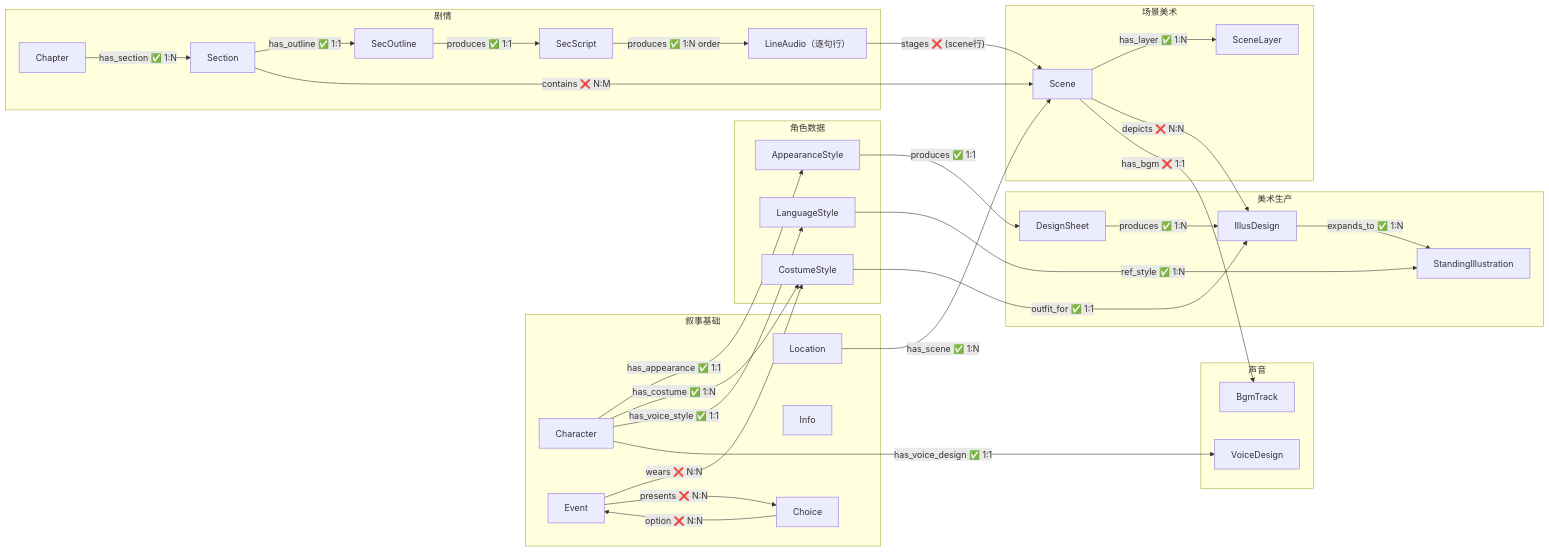
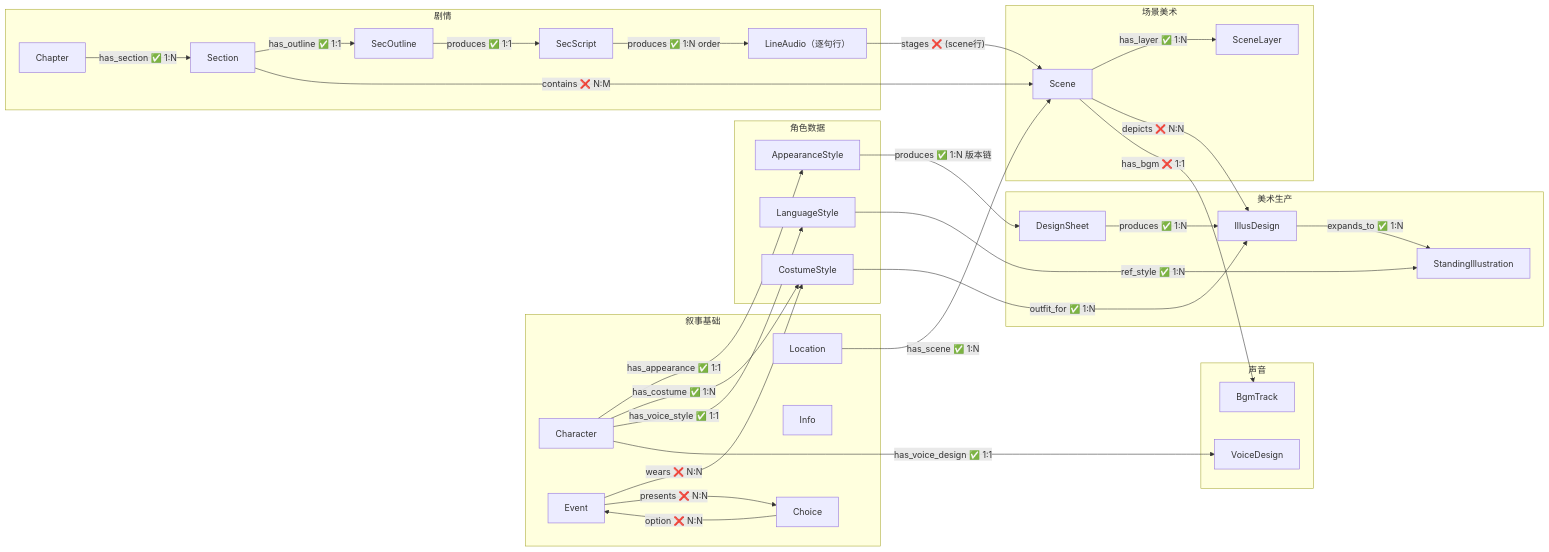
One commit to CrazyJinn/ProxyLove changed the diagram in 00_init/Schema总览.md. Above: the diagram before and after it, drawn with Mermaid. The commit also changed other lines of this file and 82 other files, not shown here.

````diff
--- a/00_init/Schema总览.md
+++ b/00_init/Schema总览.md
@@ -100,63 +100,63 @@
 ```mermaid
 flowchart LR
     subgraph 叙事["叙事基础"]
         Character["Character"]
         Event["Event"]
         Location["Location"]
         Info["Info"]
         Choice["Choice"]
     end
 
     subgraph 角色数据["角色数据"]
         Appearance["AppearanceStyle"]
         Costume["CostumeStyle"]
         Language["LanguageStyle"]
     end
 
     subgraph 美术生产["美术生产"]
         DesignSheet["DesignSheet"]
         IllusDesign["IllusDesign"]
         StandingIllus["StandingIllustration"]
     end
 
     subgraph 场景美术["场景美术"]
         Scene["Scene"]
         SceneLayer["SceneLayer"]
     end
 
     subgraph 声音["声音"]
         Voice["VoiceDesign"]
         BgmTrack["BgmTrack"]
     end
 
     subgraph 剧情["剧情"]
         Chapter["Chapter"]
         Section["Section"]
         SecOutline["SecOutline"]
         SecScript["SecScript"]
         LineAudio["LineAudio（逐句行）"]
     end
 
     Character -->|"has_appearance ✅ 1:1"| Appearance
     Character -->|"has_costume ✅ 1:N"| Costume
     Character -->|"has_voice_style ✅ 1:1"| Language
     Character -->|"has_voice_design ✅ 1:1"| Voice
-    Appearance -->|"produces ✅ 1:1"| DesignSheet
-    Costume -->|"outfit_for ✅ 1:1"| IllusDesign
+    Appearance -->|"produces ✅ 1:N 版本链"| DesignSheet
+    Costume -->|"outfit_for ✅ 1:N"| IllusDesign
     DesignSheet -->|"produces ✅ 1:N"| IllusDesign
     Event -->|"wears ❌ N:N"| Costume
     Event -->|"presents ❌ N:N"| Choice
     Choice -->|"option ❌ N:N"| Event
     IllusDesign -->|"expands_to ✅ 1:N"| StandingIllus
     Language -->|"ref_style ✅ 1:N"| StandingIllus
     Location -->|"has_scene ✅ 1:N"| Scene
     Scene -->|"has_layer ✅ 1:N"| SceneLayer
     Chapter -->|"has_section ✅ 1:N"| Section
     Section -->|"has_outline ✅ 1:1"| SecOutline
     SecOutline -->|"produces ✅ 1:1"| SecScript
     SecScript -->|"produces ✅ 1:N order"| LineAudio
     Section -->|"contains ❌ N:M"| Scene
     LineAudio -->|"stages ❌ (scene行)"| Scene
     Scene -->|"depicts ❌ N:N"| IllusDesign
     Scene -->|"has_bgm ❌ 1:1"| BgmTrack
 ```
````
